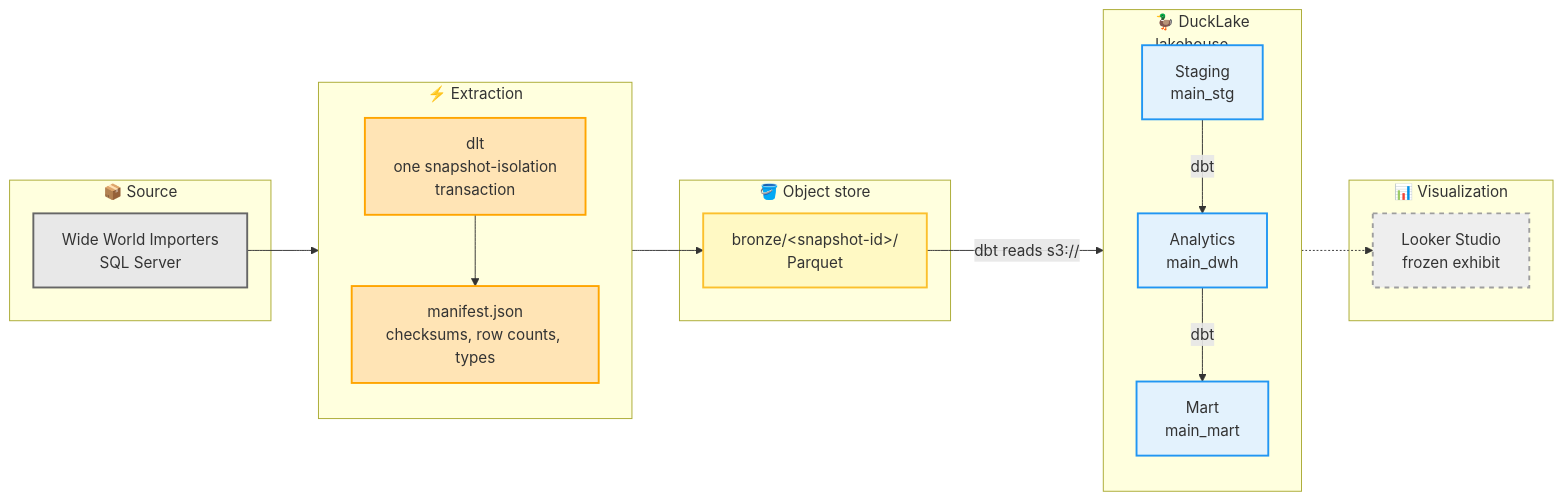
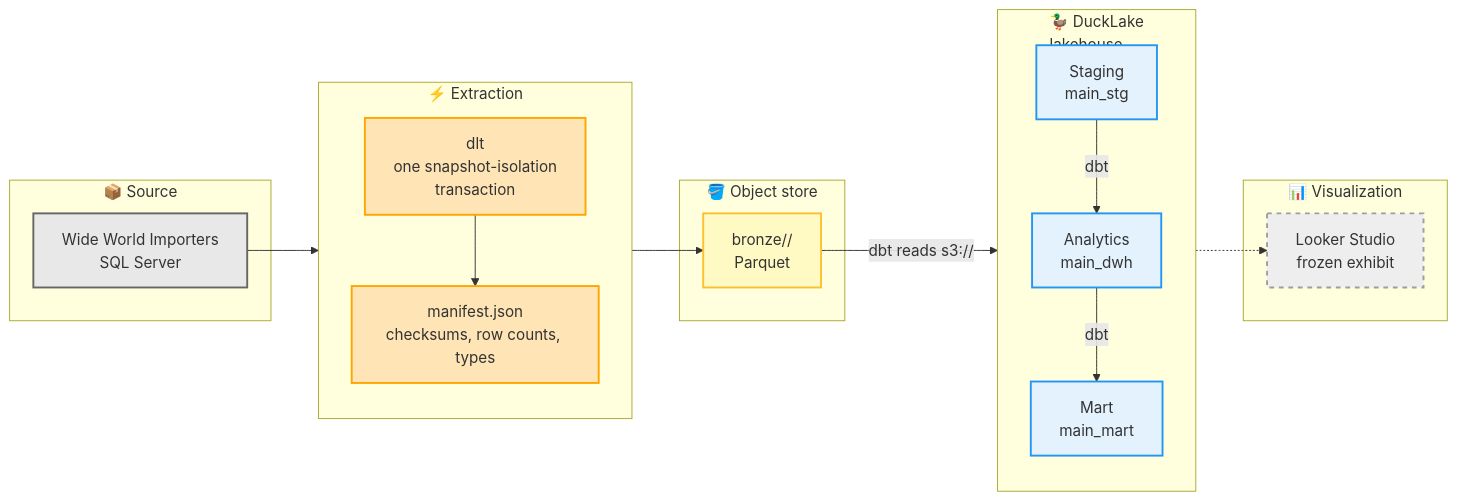
One commit to plat102/pj-dw-wide-world-importers changed the diagram in README.md. Above: the diagram before and after it, drawn with Mermaid. The commit also changed other lines of this file and 6 other files, not shown here.

````diff
--- a/README.md
+++ b/README.md
@@ -49,45 +37,45 @@
 ```mermaid
 flowchart LR
     subgraph source["📦 Source"]
         OLTP[Wide World Importers<br/>SQL Server]
     end
 
     subgraph ingest["⚡ Extraction"]
         direction TB
         DLT[dlt<br/>one snapshot-isolation<br/>transaction]
         MANIFEST[manifest.json<br/>checksums, row counts, types]
     end
 
     subgraph store["🪣 Object store"]
-        BRONZE[bronze/&lt;snapshot-id&gt;/<br/>Parquet]
+        BRONZE[bronze/<snapshot-id>/<br/>Parquet]
     end
 
     subgraph dwh["🦆 DuckLake<br>lakehouse"]
         direction TB
         STG[Staging<br/>main_stg]
         ANALYTICS[Analytics<br/>main_dwh]
         MART[Mart<br/>main_mart]
 
         STG -->|dbt| ANALYTICS
         ANALYTICS -->|dbt| MART
     end
 
     subgraph bi["📊 Visualization"]
         LOOKER[Looker Studio<br/>frozen exhibit]
     end
 
     OLTP --> DLT
     DLT --> MANIFEST
     DLT --> BRONZE
     BRONZE -->|dbt reads s3://| STG
     MART -.-> LOOKER
 
     style OLTP fill:#E8E8E8,stroke:#666,stroke-width:2px,color:#333
     style DLT fill:#FFE4B5,stroke:#FFA500,stroke-width:2px,color:#333
     style MANIFEST fill:#FFE4B5,stroke:#FFA500,stroke-width:2px,color:#333
     style BRONZE fill:#FFF9C4,stroke:#FBC02D,stroke-width:2px,color:#333
     style STG fill:#E3F2FD,stroke:#2196F3,stroke-width:2px,color:#333
     style ANALYTICS fill:#E3F2FD,stroke:#2196F3,stroke-width:2px,color:#333
     style MART fill:#E3F2FD,stroke:#2196F3,stroke-width:2px,color:#333
     style LOOKER fill:#EEEEEE,stroke:#9E9E9E,stroke-width:2px,stroke-dasharray: 5 5,color:#333
 ```
````
